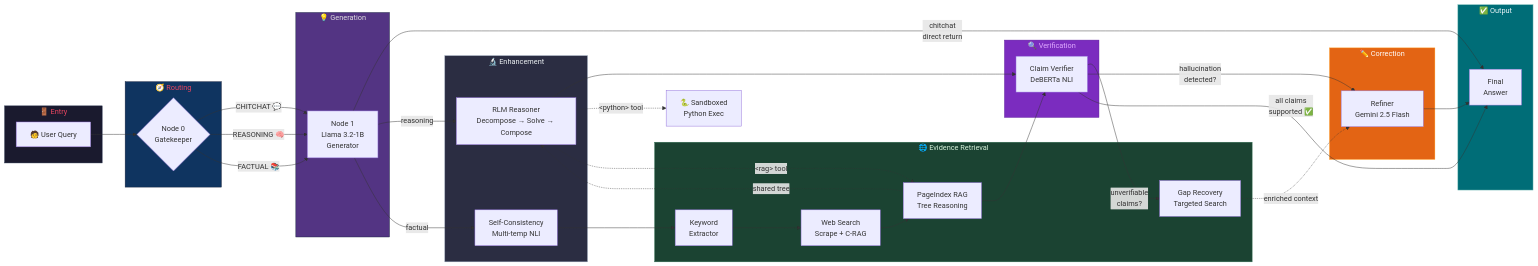
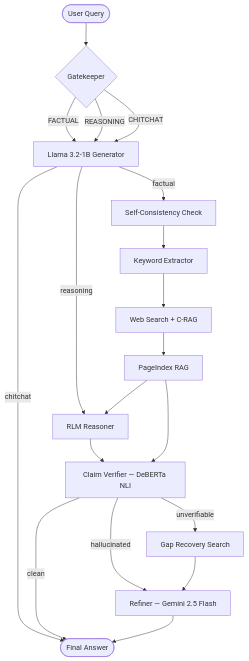
Before and after one commit to Suhas-123-cell/Hallu-Check: the diagram in README.md, drawn with Mermaid. The commit also changed other lines of this file, not shown here.

Commit message:
New Architecture in README

````diff
--- a/README.md
+++ b/README.md
@@ -41,75 +41,28 @@
 ```mermaid
-graph LR
-    subgraph ENTRY["🚪 Entry"]
-        Q["🧑 User Query"]
-    end
+flowchart TD
+    Q(["User Query"]) --> G{"Gatekeeper"}
 
-    subgraph ROUTING["🧭 Routing"]
-        N0{"Node 0\nGatekeeper"}
-    end
+    G -->|FACTUAL| LLM["Llama 3.2-1B Generator"]
+    G -->|REASONING| LLM
+    G -->|CHITCHAT| LLM
 
-    subgraph GENERATION["💡 Generation"]
-        N1["Node 1\nLlama 3.2-1B\nGenerator"]
-    end
+    LLM -->|chitchat| OUT(["Final Answer"])
 
-    subgraph ENHANCEMENT["🔬 Enhancement"]
-        SC["Self-Consistency\nMulti-temp NLI"]
-        RLM["RLM Reasoner\nDecompose → Solve → Compose"]
-    end
+    LLM -->|reasoning| RLM["RLM Reasoner"]
+    LLM -->|factual| SC["Self-Consistency Check"]
 
-    subgraph RETRIEVAL["🌐 Evidence Retrieval"]
-        N2["Keyword\nExtractor"]
-        N3["Web Search\nScrape + C-RAG"]
-        N4["PageIndex RAG\nTree Reasoning"]
-        N55["Gap Recovery\nTargeted Search"]
-    end
+    SC --> KW["Keyword Extractor"]
+    KW --> WS["Web Search + C-RAG"]
+    WS --> RAG["PageIndex RAG"]
+    RAG --> RLM
 
-    subgraph VERIFICATION["🔍 Verification"]
-        N5["Claim Verifier\nDeBERTa NLI"]
-    end
+    RLM --> NLI["Claim Verifier — DeBERTa NLI"]
+    RAG --> NLI
 
-    subgraph CORRECTION["✏️ Correction"]
-        N6["Refiner\nGemini 2.5 Flash"]
-    end
+    NLI -->|"clean"| OUT
+    NLI -->|"hallucinated"| REF["Refiner — Gemini 2.5 Flash"]
+    NLI -->|"unverifiable"| GAP["Gap Recovery Search"]
+    GAP --> REF
 
-    subgraph OUTPUT["✅ Output"]
-        OUT["Final\nAnswer"]
-    end
-
-    Q --> N0
-
-    N0 -->|"CHITCHAT 💬"| N1
-    N0 -->|"REASONING 🧠"| N1
-    N0 -->|"FACTUAL 📚"| N1
-
-    N1 -->|"chitchat\ndirect return"| OUT
-
-    N1 -->|"reasoning"| RLM
-    RLM --> N5
-
-    N1 -->|"factual"| SC
-    SC --> N2
-    N2 --> N3
-    N3 --> N4
-    N4 -.->|"shared tree"| RLM
-    N4 --> N5
-
-    N5 -->|"unverifiable\nclaims?"| N55
-    N55 -.->|"enriched context"| N6
-    N5 -->|"hallucination\ndetected?"| N6
-    N5 -->|"all claims\nsupported ✅"| OUT
-
-    N6 --> OUT
-
-    RLM -.->|"&lt;python&gt; tool"| PY["🐍 Sandboxed\nPython Exec"]
-    RLM -.->|"&lt;rag&gt; tool"| N4
-
-    style ENTRY fill:#1a1a2e,stroke:#16213e,color:#e94560
-    style ROUTING fill:#0f3460,stroke:#16213e,color:#e94560
-    style GENERATION fill:#533483,stroke:#16213e,color:#e0e0e0
-    style ENHANCEMENT fill:#2b2d42,stroke:#8d99ae,color:#edf2f4
-    style RETRIEVAL fill:#1b4332,stroke:#2d6a4f,color:#d8f3dc
-    style VERIFICATION fill:#7b2cbf,stroke:#5a189a,color:#e0aaff
-    style CORRECTION fill:#e36414,stroke:#fb8500,color:#fff
-    style OUTPUT fill:#006d77,stroke:#83c5be,color:#edf6f9
+    REF --> OUT
 ```
````
